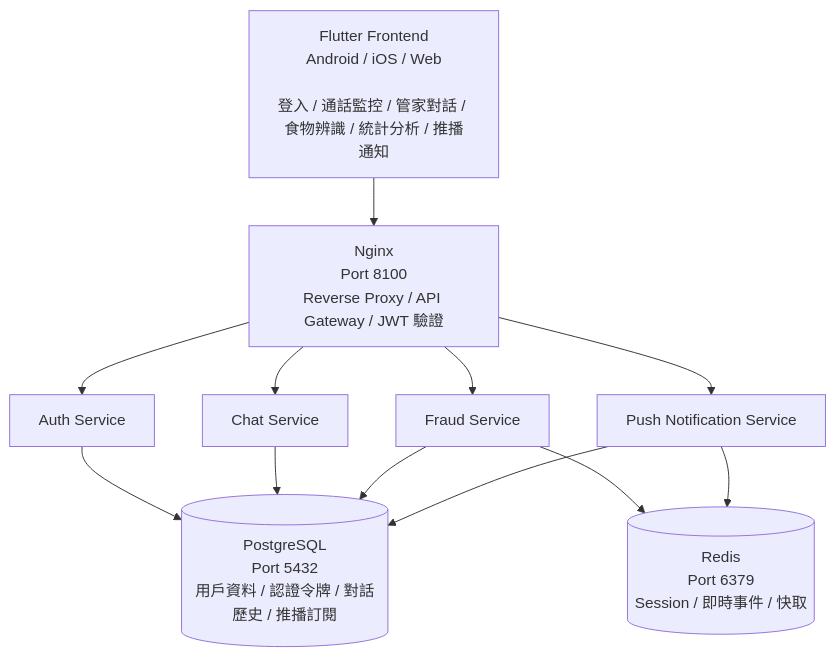
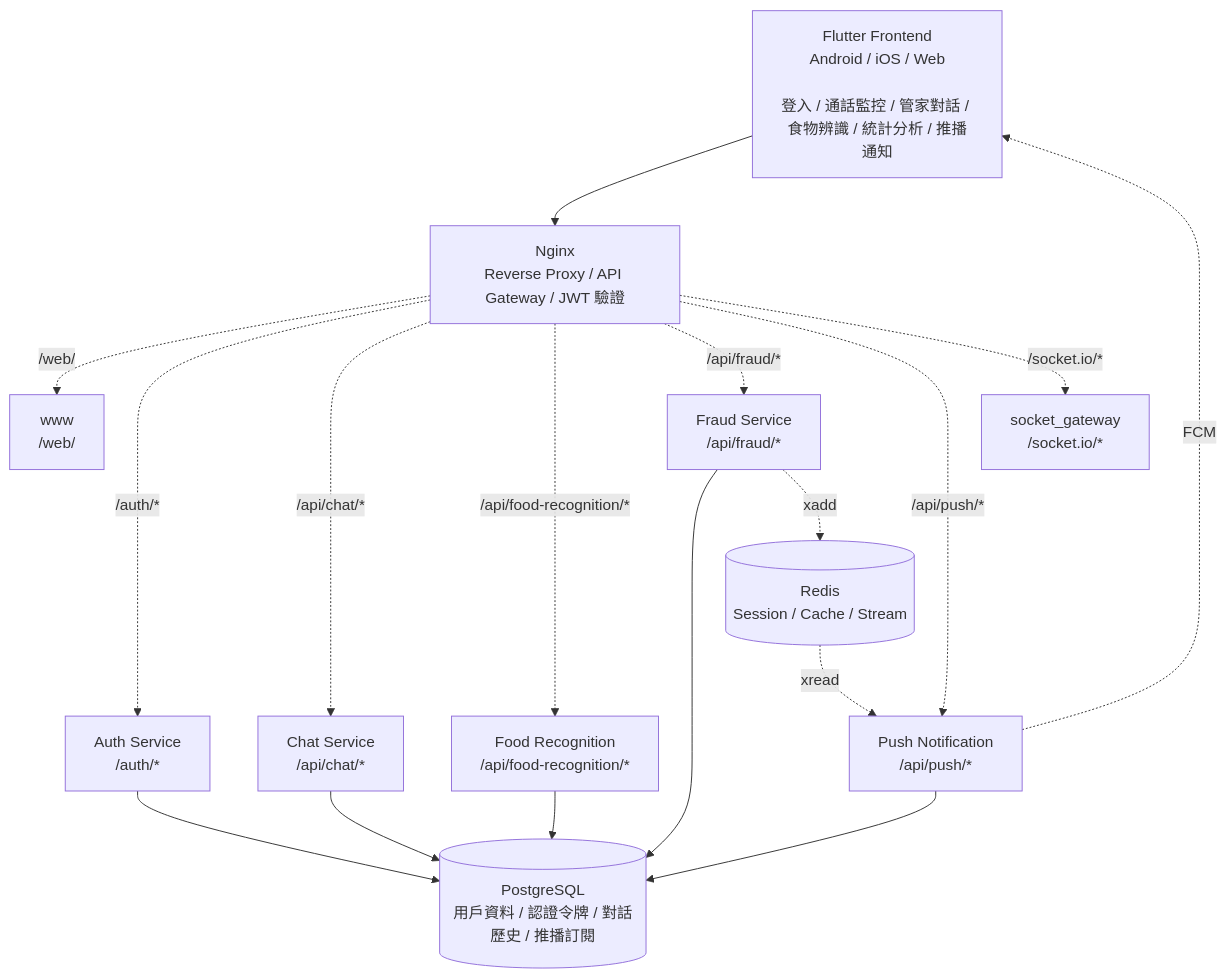
Before and after one commit to NCCU-Butler-Robot/AIO-Kebbi: the diagram in README.md, drawn with Mermaid. The commit also changed other lines of this file and 17 other files, not shown here.

````diff
--- a/README.md
+++ b/README.md
@@ -27,31 +27,39 @@
 ```mermaid
 flowchart TB
 
     FE[Flutter Frontend<br/>Android / iOS / Web<br/><br/>登入 / 通話監控 / 管家對話 / 食物辨識 / 統計分析 / 推播通知]
 
-    N[Nginx<br/>Port 8100<br/>Reverse Proxy / API Gateway / JWT 驗證]
+    N[Nginx<br/>Reverse Proxy / API Gateway / JWT 驗證]
 
-    A[Auth Service]
-    C[Chat Service]
-    F[Fraud Service]
-    P[Push Notification Service]
+    A[Auth Service<br/>/auth/*]
+    W[www<br/>/web/]
+    C[Chat Service<br/>/api/chat/*]
+    FR[Food Recognition<br/>/api/food-recognition/*]
+    F[Fraud Service<br/>/api/fraud/*]
+    P[Push Notification<br/>/api/push/*]
+    S[socket_gateway<br/>/socket.io/*]
 
-    DB[(PostgreSQL<br/>Port 5432<br/>用戶資料 / 認證令牌 / 對話歷史 / 推播訂閱)]
+    DB[(PostgreSQL<br/>用戶資料 / 認證令牌 / 對話歷史 / 推播訂閱)]
 
-    R[(Redis<br/>Port 6379<br/>Session / 即時事件 / 快取)]
+    R[(Redis<br/>Session / Cache / Stream)]
 
     FE --> N
 
-    N --> A
-    N --> C
-    N --> F
-    N --> P
+    N -.->|" /web/ "| W
+    N -.->|" /auth/* "| A
+    N -.->|" /api/chat/* "| C
+    N -.->|" /api/food-recognition/* "| FR
+    N -.->|" /api/fraud/* "| F
+    N -.->|" /api/push/* "| P
+    N -.->|" /socket.io/* "| S
 
     A --> DB
     C --> DB
+    FR --> DB
     F --> DB
     P --> DB
 
-    F --> R
-    P --> R
+    F -.->|xadd| R
+    R -.->|xread| P
+    P -.->|FCM| FE
 ```
````
